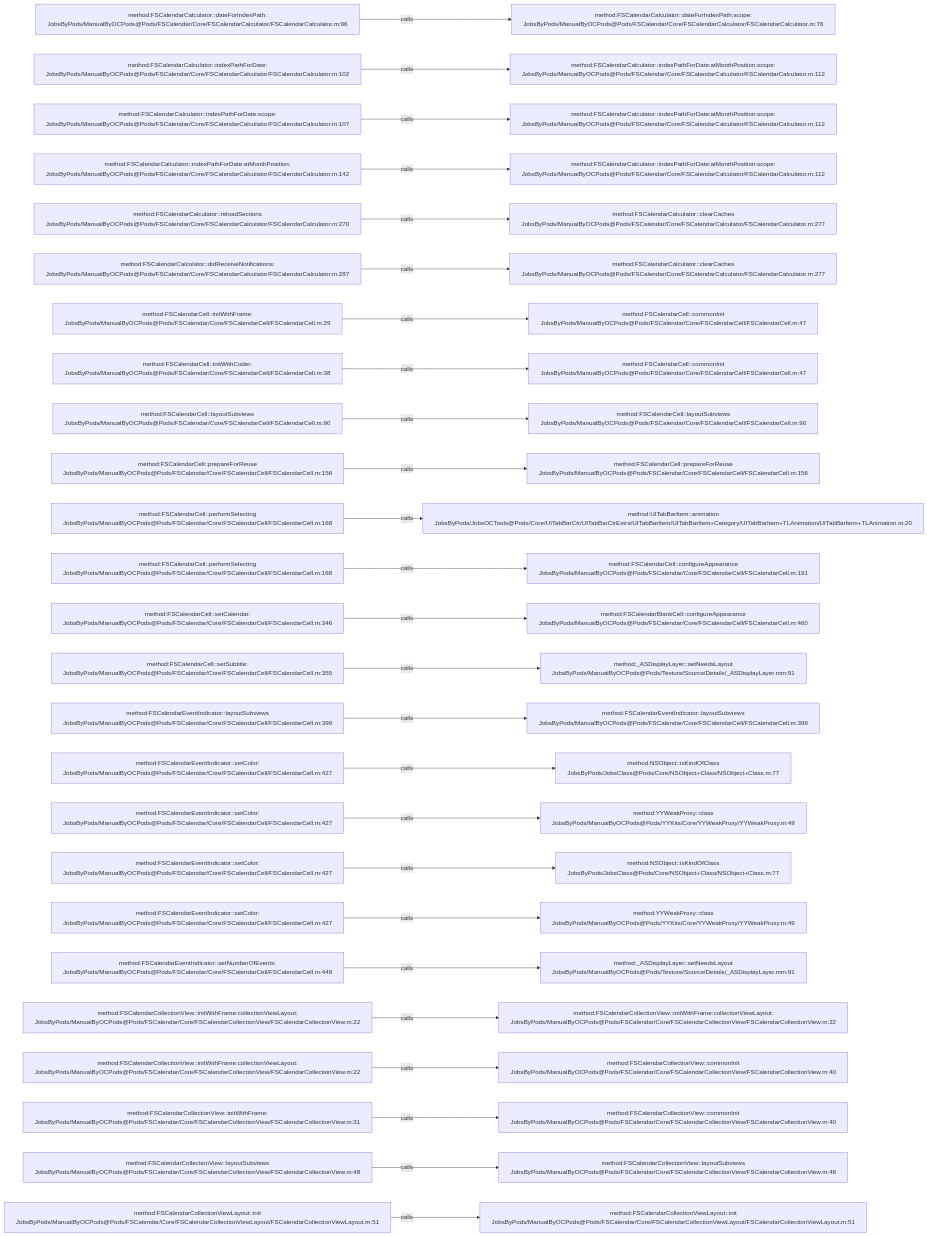
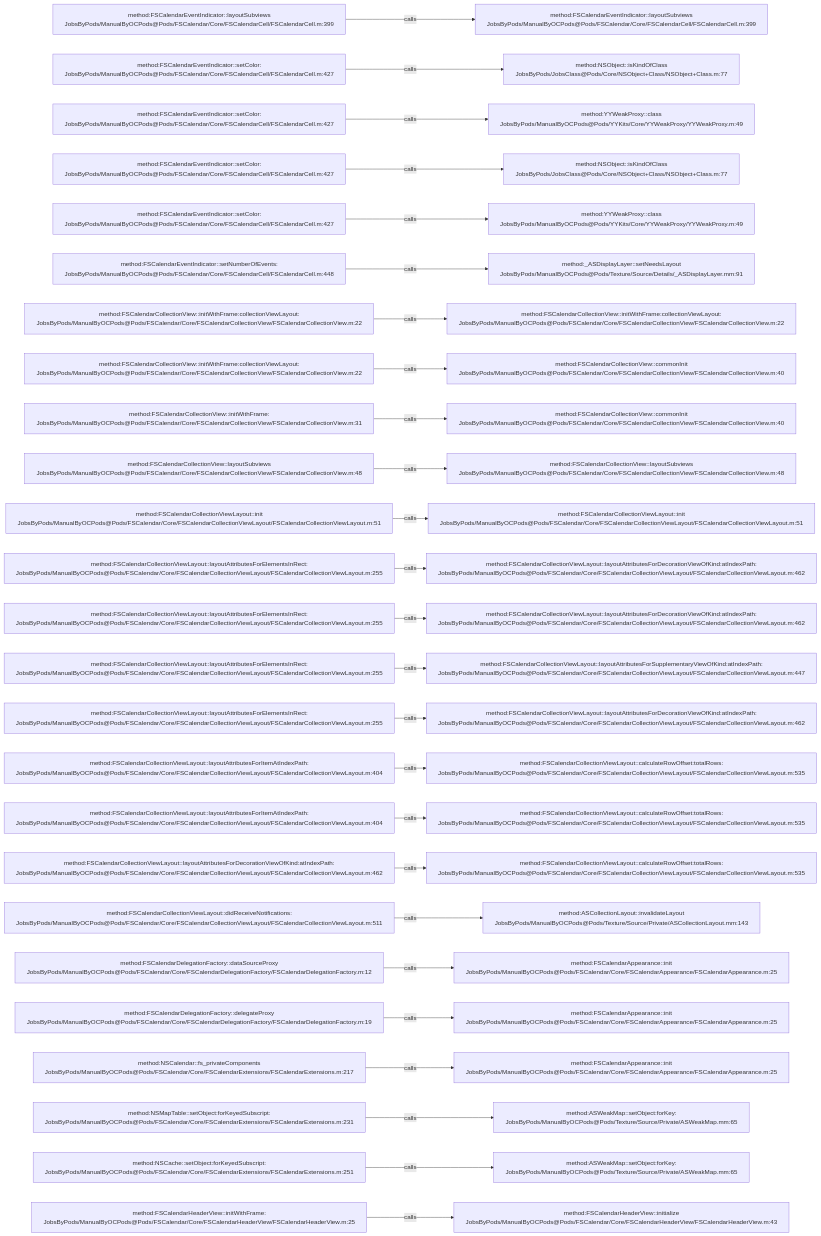
One commit to JobsKits/JobsOCBaseConfigDemo changed the diagram in .codegraph/codegraph.md/graphs/calls-019.md. Above: the diagram before and after it, drawn with Mermaid. The commit also changed 296 other files, not shown here.

````diff
--- a/.codegraph/codegraph.md/graphs/calls-019.md
+++ b/.codegraph/codegraph.md/graphs/calls-019.md
@@ -13,78 +13,78 @@
 ```mermaid
 flowchart LR
-  S1["method:FSCalendarCalculator::dateForIndexPath:<br/>JobsByPods/ManualByOCPods@Pods/FSCalendar/Core/FSCalendarCalculator/FSCalendarCalculator.m:96"]
-  T1["method:FSCalendarCalculator::dateForIndexPath:scope:<br/>JobsByPods/ManualByOCPods@Pods/FSCalendar/Core/FSCalendarCalculator/FSCalendarCalculator.m:76"]
+  S1["method:FSCalendarEventIndicator::layoutSubviews<br/>JobsByPods/ManualByOCPods@Pods/FSCalendar/Core/FSCalendarCell/FSCalendarCell.m:399"]
+  T1["method:FSCalendarEventIndicator::layoutSubviews<br/>JobsByPods/ManualByOCPods@Pods/FSCalendar/Core/FSCalendarCell/FSCalendarCell.m:399"]
   S1 -->|calls| T1
-  S2["method:FSCalendarCalculator::indexPathForDate:<br/>JobsByPods/ManualByOCPods@Pods/FSCalendar/Core/FSCalendarCalculator/FSCalendarCalculator.m:102"]
-  T2["method:FSCalendarCalculator::indexPathForDate:atMonthPosition:scope:<br/>JobsByPods/ManualByOCPods@Pods/FSCalendar/Core/FSCalendarCalculator/FSCalendarCalculator.m:112"]
+  S2["method:FSCalendarEventIndicator::setColor:<br/>JobsByPods/ManualByOCPods@Pods/FSCalendar/Core/FSCalendarCell/FSCalendarCell.m:427"]
+  T2["method:NSObject::isKindOfClass<br/>JobsByPods/JobsClass@Pods/Core/NSObject+Class/NSObject+Class.m:77"]
   S2 -->|calls| T2
-  S3["method:FSCalendarCalculator::indexPathForDate:scope:<br/>JobsByPods/ManualByOCPods@Pods/FSCalendar/Core/FSCalendarCalculator/FSCalendarCalculator.m:107"]
-  T3["method:FSCalendarCalculator::indexPathForDate:atMonthPosition:scope:<br/>JobsByPods/ManualByOCPods@Pods/FSCalendar/Core/FSCalendarCalculator/FSCalendarCalculator.m:112"]
+  S3["method:FSCalendarEventIndicator::setColor:<br/>JobsByPods/ManualByOCPods@Pods/FSCalendar/Core/FSCalendarCell/FSCalendarCell.m:427"]
+  T3["method:YYWeakProxy::class<br/>JobsByPods/ManualByOCPods@Pods/YYKits/Core/YYWeakProxy/YYWeakProxy.m:49"]
   S3 -->|calls| T3
-  S4["method:FSCalendarCalculator::indexPathForDate:atMonthPosition:<br/>JobsByPods/ManualByOCPods@Pods/FSCalendar/Core/FSCalendarCalculator/FSCalendarCalculator.m:142"]
-  T4["method:FSCalendarCalculator::indexPathForDate:atMonthPosition:scope:<br/>JobsByPods/ManualByOCPods@Pods/FSCalendar/Core/FSCalendarCalculator/FSCalendarCalculator.m:112"]
+  S4["method:FSCalendarEventIndicator::setColor:<br/>JobsByPods/ManualByOCPods@Pods/FSCalendar/Core/FSCalendarCell/FSCalendarCell.m:427"]
+  T4["method:NSObject::isKindOfClass<br/>JobsByPods/JobsClass@Pods/Core/NSObject+Class/NSObject+Class.m:77"]
   S4 -->|calls| T4
-  S5["method:FSCalendarCalculator::reloadSections<br/>JobsByPods/ManualByOCPods@Pods/FSCalendar/Core/FSCalendarCalculator/FSCalendarCalculator.m:270"]
-  T5["method:FSCalendarCalculator::clearCaches<br/>JobsByPods/ManualByOCPods@Pods/FSCalendar/Core/FSCalendarCalculator/FSCalendarCalculator.m:277"]
+  S5["method:FSCalendarEventIndicator::setColor:<br/>JobsByPods/ManualByOCPods@Pods/FSCalendar/Core/FSCalendarCell/FSCalendarCell.m:427"]
+  T5["method:YYWeakProxy::class<br/>JobsByPods/ManualByOCPods@Pods/YYKits/Core/YYWeakProxy/YYWeakProxy.m:49"]
   S5 -->|calls| T5
-  S6["method:FSCalendarCalculator::didReceiveNotifications:<br/>JobsByPods/ManualByOCPods@Pods/FSCalendar/Core/FSCalendarCalculator/FSCalendarCalculator.m:287"]
-  T6["method:FSCalendarCalculator::clearCaches<br/>JobsByPods/ManualByOCPods@Pods/FSCalendar/Core/FSCalendarCalculator/FSCalendarCalculator.m:277"]
+  S6["method:FSCalendarEventIndicator::setNumberOfEvents:<br/>JobsByPods/ManualByOCPods@Pods/FSCalendar/Core/FSCalendarCell/FSCalendarCell.m:448"]
+  T6["method:_ASDisplayLayer::setNeedsLayout<br/>JobsByPods/ManualByOCPods@Pods/Texture/Source/Details/_ASDisplayLayer.mm:91"]
   S6 -->|calls| T6
-  S7["method:FSCalendarCell::initWithFrame:<br/>JobsByPods/ManualByOCPods@Pods/FSCalendar/Core/FSCalendarCell/FSCalendarCell.m:29"]
-  T7["method:FSCalendarCell::commonInit<br/>JobsByPods/ManualByOCPods@Pods/FSCalendar/Core/FSCalendarCell/FSCalendarCell.m:47"]
+  S7["method:FSCalendarCollectionView::initWithFrame:collectionViewLayout:<br/>JobsByPods/ManualByOCPods@Pods/FSCalendar/Core/FSCalendarCollectionView/FSCalendarCollectionView.m:22"]
+  T7["method:FSCalendarCollectionView::initWithFrame:collectionViewLayout:<br/>JobsByPods/ManualByOCPods@Pods/FSCalendar/Core/FSCalendarCollectionView/FSCalendarCollectionView.m:22"]
   S7 -->|calls| T7
-  S8["method:FSCalendarCell::initWithCoder:<br/>JobsByPods/ManualByOCPods@Pods/FSCalendar/Core/FSCalendarCell/FSCalendarCell.m:38"]
-  T8["method:FSCalendarCell::commonInit<br/>JobsByPods/ManualByOCPods@Pods/FSCalendar/Core/FSCalendarCell/FSCalendarCell.m:47"]
+  S8["method:FSCalendarCollectionView::initWithFrame:collectionViewLayout:<br/>JobsByPods/ManualByOCPods@Pods/FSCalendar/Core/FSCalendarCollectionView/FSCalendarCollectionView.m:22"]
+  T8["method:FSCalendarCollectionView::commonInit<br/>JobsByPods/ManualByOCPods@Pods/FSCalendar/Core/FSCalendarCollectionView/FSCalendarCollectionView.m:40"]
   S8 -->|calls| T8
-  S9["method:FSCalendarCell::layoutSubviews<br/>JobsByPods/ManualByOCPods@Pods/FSCalendar/Core/FSCalendarCell/FSCalendarCell.m:90"]
-  T9["method:FSCalendarCell::layoutSubviews<br/>JobsByPods/ManualByOCPods@Pods/FSCalendar/Core/FSCalendarCell/FSCalendarCell.m:90"]
+  S9["method:FSCalendarCollectionView::initWithFrame:<br/>JobsByPods/ManualByOCPods@Pods/FSCalendar/Core/FSCalendarCollectionView/FSCalendarCollectionView.m:31"]
+  T9["method:FSCalendarCollectionView::commonInit<br/>JobsByPods/ManualByOCPods@Pods/FSCalendar/Core/FSCalendarCollectionView/FSCalendarCollectionView.m:40"]
   S9 -->|calls| T9
-  S10["method:FSCalendarCell::prepareForReuse<br/>JobsByPods/ManualByOCPods@Pods/FSCalendar/Core/FSCalendarCell/FSCalendarCell.m:156"]
-  T10["method:FSCalendarCell::prepareForReuse<br/>JobsByPods/ManualByOCPods@Pods/FSCalendar/Core/FSCalendarCell/FSCalendarCell.m:156"]
+  S10["method:FSCalendarCollectionView::layoutSubviews<br/>JobsByPods/ManualByOCPods@Pods/FSCalendar/Core/FSCalendarCollectionView/FSCalendarCollectionView.m:48"]
+  T10["method:FSCalendarCollectionView::layoutSubviews<br/>JobsByPods/ManualByOCPods@Pods/FSCalendar/Core/FSCalendarCollectionView/FSCalendarCollectionView.m:48"]
   S10 -->|calls| T10
-  S11["method:FSCalendarCell::performSelecting<br/>JobsByPods/ManualByOCPods@Pods/FSCalendar/Core/FSCalendarCell/FSCalendarCell.m:168"]
-  T11["method:UITabBarItem::animation<br/>JobsByPods/JobsOCTools@Pods/Core/UITabBarCtr/UITabBarCtrExtra/UITabBarItem/UITabBarItem+Category/UITabBarItem+TLAnimation/UITabBarItem+TLAnimation.m:20"]
+  S11["method:FSCalendarCollectionViewLayout::init<br/>JobsByPods/ManualByOCPods@Pods/FSCalendar/Core/FSCalendarCollectionViewLayout/FSCalendarCollectionViewLayout.m:51"]
+  T11["method:FSCalendarCollectionViewLayout::init<br/>JobsByPods/ManualByOCPods@Pods/FSCalendar/Core/FSCalendarCollectionViewLayout/FSCalendarCollectionViewLayout.m:51"]
   S11 -->|calls| T11
-  S12["method:FSCalendarCell::performSelecting<br/>JobsByPods/ManualByOCPods@Pods/FSCalendar/Core/FSCalendarCell/FSCalendarCell.m:168"]
-  T12["method:FSCalendarCell::configureAppearance<br/>JobsByPods/ManualByOCPods@Pods/FSCalendar/Core/FSCalendarCell/FSCalendarCell.m:191"]
+  S12["method:FSCalendarCollectionViewLayout::layoutAttributesForElementsInRect:<br/>JobsByPods/ManualByOCPods@Pods/FSCalendar/Core/FSCalendarCollectionViewLayout/FSCalendarCollectionViewLayout.m:255"]
+  T12["method:FSCalendarCollectionViewLayout::layoutAttributesForDecorationViewOfKind:atIndexPath:<br/>JobsByPods/ManualByOCPods@Pods/FSCalendar/Core/FSCalendarCollectionViewLayout/FSCalendarCollectionViewLayout.m:462"]
   S12 -->|calls| T12
-  S13["method:FSCalendarCell::setCalendar:<br/>JobsByPods/ManualByOCPods@Pods/FSCalendar/Core/FSCalendarCell/FSCalendarCell.m:346"]
-  T13["method:FSCalendarBlankCell::configureAppearance<br/>JobsByPods/ManualByOCPods@Pods/FSCalendar/Core/FSCalendarCell/FSCalendarCell.m:460"]
+  S13["method:FSCalendarCollectionViewLayout::layoutAttributesForElementsInRect:<br/>JobsByPods/ManualByOCPods@Pods/FSCalendar/Core/FSCalendarCollectionViewLayout/FSCalendarCollectionViewLayout.m:255"]
+  T13["method:FSCalendarCollectionViewLayout::layoutAttributesForDecorationViewOfKind:atIndexPath:<br/>JobsByPods/ManualByOCPods@Pods/FSCalendar/Core/FSCalendarCollectionViewLayout/FSCalendarCollectionViewLayout.m:462"]
   S13 -->|calls| T13
-  S14["method:FSCalendarCell::setSubtitle:<br/>JobsByPods/ManualByOCPods@Pods/FSCalendar/Core/FSCalendarCell/FSCalendarCell.m:355"]
-  T14["method:_ASDisplayLayer::setNeedsLayout<br/>JobsByPods/ManualByOCPods@Pods/Texture/Source/Details/_ASDisplayLayer.mm:91"]
+  S14["method:FSCalendarCollectionViewLayout::layoutAttributesForElementsInRect:<br/>JobsByPods/ManualByOCPods@Pods/FSCalendar/Core/FSCalendarCollectionViewLayout/FSCalendarCollectionViewLayout.m:255"]
+  T14["method:FSCalendarCollectionViewLayout::layoutAttributesForSupplementaryViewOfKind:atIndexPath:<br/>JobsByPods/ManualByOCPods@Pods/FSCalendar/Core/FSCalendarCollectionViewLayout/FSCalendarCollectionViewLayout.m:447"]
   S14 -->|calls| T14
-  S15["method:FSCalendarEventIndicator::layoutSubviews<br/>JobsByPods/ManualByOCPods@Pods/FSCalendar/Core/FSCalendarCell/FSCalendarCell.m:399"]
-  T15["method:FSCalendarEventIndicator::layoutSubviews<br/>JobsByPods/ManualByOCPods@Pods/FSCalendar/Core/FSCalendarCell/FSCalendarCell.m:399"]
+  S15["method:FSCalendarCollectionViewLayout::layoutAttributesForElementsInRect:<br/>JobsByPods/ManualByOCPods@Pods/FSCalendar/Core/FSCalendarCollectionViewLayout/FSCalendarCollectionViewLayout.m:255"]
+  T15["method:FSCalendarCollectionViewLayout::layoutAttributesForDecorationViewOfKind:atIndexPath:<br/>JobsByPods/ManualByOCPods@Pods/FSCalendar/Core/FSCalendarCollectionViewLayout/FSCalendarCollectionViewLayout.m:462"]
   S15 -->|calls| T15
-  S16["method:FSCalendarEventIndicator::setColor:<br/>JobsByPods/ManualByOCPods@Pods/FSCalendar/Core/FSCalendarCell/FSCalendarCell.m:427"]
-  T16["method:NSObject::isKindOfClass<br/>JobsByPods/JobsClass@Pods/Core/NSObject+Class/NSObject+Class.m:77"]
+  S16["method:FSCalendarCollectionViewLayout::layoutAttributesForItemAtIndexPath:<br/>JobsByPods/ManualByOCPods@Pods/FSCalendar/Core/FSCalendarCollectionViewLayout/FSCalendarCollectionViewLayout.m:404"]
+  T16["method:FSCalendarCollectionViewLayout::calculateRowOffset:totalRows:<br/>JobsByPods/ManualByOCPods@Pods/FSCalendar/Core/FSCalendarCollectionViewLayout/FSCalendarCollectionViewLayout.m:535"]
   S16 -->|calls| T16
-  S17["method:FSCalendarEventIndicator::setColor:<br/>JobsByPods/ManualByOCPods@Pods/FSCalendar/Core/FSCalendarCell/FSCalendarCell.m:427"]
-  T17["method:YYWeakProxy::class<br/>JobsByPods/ManualByOCPods@Pods/YYKits/Core/YYWeakProxy/YYWeakProxy.m:49"]
+  S17["method:FSCalendarCollectionViewLayout::layoutAttributesForItemAtIndexPath:<br/>JobsByPods/ManualByOCPods@Pods/FSCalendar/Core/FSCalendarCollectionViewLayout/FSCalendarCollectionViewLayout.m:404"]
+  T17["method:FSCalendarCollectionViewLayout::calculateRowOffset:totalRows:<br/>JobsByPods/ManualByOCPods@Pods/FSCalendar/Core/FSCalendarCollectionViewLayout/FSCalendarCollectionViewLayout.m:535"]
   S17 -->|calls| T17
-  S18["method:FSCalendarEventIndicator::setColor:<br/>JobsByPods/ManualByOCPods@Pods/FSCalendar/Core/FSCalendarCell/FSCalendarCell.m:427"]
-  T18["method:NSObject::isKindOfClass<br/>JobsByPods/JobsClass@Pods/Core/NSObject+Class/NSObject+Class.m:77"]
+  S18["method:FSCalendarCollectionViewLayout::layoutAttributesForDecorationViewOfKind:atIndexPath:<br/>JobsByPods/ManualByOCPods@Pods/FSCalendar/Core/FSCalendarCollectionViewLayout/FSCalendarCollectionViewLayout.m:462"]
+  T18["method:FSCalendarCollectionViewLayout::calculateRowOffset:totalRows:<br/>JobsByPods/ManualByOCPods@Pods/FSCalendar/Core/FSCalendarCollectionViewLayout/FSCalendarCollectionViewLayout.m:535"]
   S18 -->|calls| T18
-  S19["method:FSCalendarEventIndicator::setColor:<br/>JobsByPods/ManualByOCPods@Pods/FSCalendar/Core/FSCalendarCell/FSCalendarCell.m:427"]
-  T19["method:YYWeakProxy::class<br/>JobsByPods/ManualByOCPods@Pods/YYKits/Core/YYWeakProxy/YYWeakProxy.m:49"]
+  S19["method:FSCalendarCollectionViewLayout::didReceiveNotifications:<br/>JobsByPods/ManualByOCPods@Pods/FSCalendar/Core/FSCalendarCollectionViewLayout/FSCalendarCollectionViewLayout.m:511"]
+  T19["method:ASCollectionLayout::invalidateLayout<br/>JobsByPods/ManualByOCPods@Pods/Texture/Source/Private/ASCollectionLayout.mm:143"]
   S19 -->|calls| T19
-  S20["method:FSCalendarEventIndicator::setNumberOfEvents:<br/>JobsByPods/ManualByOCPods@Pods/FSCalendar/Core/FSCalendarCell/FSCalendarCell.m:448"]
-  T20["method:_ASDisplayLayer::setNeedsLayout<br/>JobsByPods/ManualByOCPods@Pods/Texture/Source/Details/_ASDisplayLayer.mm:91"]
+  S20["method:FSCalendarDelegationFactory::dataSourceProxy<br/>JobsByPods/ManualByOCPods@Pods/FSCalendar/Core/FSCalendarDelegationFactory/FSCalendarDelegationFactory.m:12"]
+  T20["method:FSCalendarAppearance::init<br/>JobsByPods/ManualByOCPods@Pods/FSCalendar/Core/FSCalendarAppearance/FSCalendarAppearance.m:25"]
   S20 -->|calls| T20
-  S21["method:FSCalendarCollectionView::initWithFrame:collectionViewLayout:<br/>JobsByPods/ManualByOCPods@Pods/FSCalendar/Core/FSCalendarCollectionView/FSCalendarCollectionView.m:22"]
-  T21["method:FSCalendarCollectionView::initWithFrame:collectionViewLayout:<br/>JobsByPods/ManualByOCPods@Pods/FSCalendar/Core/FSCalendarCollectionView/FSCalendarCollectionView.m:22"]
+  S21["method:FSCalendarDelegationFactory::delegateProxy<br/>JobsByPods/ManualByOCPods@Pods/FSCalendar/Core/FSCalendarDelegationFactory/FSCalendarDelegationFactory.m:19"]
+  T21["method:FSCalendarAppearance::init<br/>JobsByPods/ManualByOCPods@Pods/FSCalendar/Core/FSCalendarAppearance/FSCalendarAppearance.m:25"]
   S21 -->|calls| T21
-  S22["method:FSCalendarCollectionView::initWithFrame:collectionViewLayout:<br/>JobsByPods/ManualByOCPods@Pods/FSCalendar/Core/FSCalendarCollectionView/FSCalendarCollectionView.m:22"]
-  T22["method:FSCalendarCollectionView::commonInit<br/>JobsByPods/ManualByOCPods@Pods/FSCalendar/Core/FSCalendarCollectionView/FSCalendarCollectionView.m:40"]
+  S22["method:NSCalendar::fs_privateComponents<br/>JobsByPods/ManualByOCPods@Pods/FSCalendar/Core/FSCalendarExtensions/FSCalendarExtensions.m:217"]
+  T22["method:FSCalendarAppearance::init<br/>JobsByPods/ManualByOCPods@Pods/FSCalendar/Core/FSCalendarAppearance/FSCalendarAppearance.m:25"]
   S22 -->|calls| T22
-  S23["method:FSCalendarCollectionView::initWithFrame:<br/>JobsByPods/ManualByOCPods@Pods/FSCalendar/Core/FSCalendarCollectionView/FSCalendarCollectionView.m:31"]
-  T23["method:FSCalendarCollectionView::commonInit<br/>JobsByPods/ManualByOCPods@Pods/FSCalendar/Core/FSCalendarCollectionView/FSCalendarCollectionView.m:40"]
+  S23["method:NSMapTable::setObject:forKeyedSubscript:<br/>JobsByPods/ManualByOCPods@Pods/FSCalendar/Core/FSCalendarExtensions/FSCalendarExtensions.m:231"]
+  T23["method:ASWeakMap::setObject:forKey:<br/>JobsByPods/ManualByOCPods@Pods/Texture/Source/Private/ASWeakMap.mm:65"]
   S23 -->|calls| T23
-  S24["method:FSCalendarCollectionView::layoutSubviews<br/>JobsByPods/ManualByOCPods@Pods/FSCalendar/Core/FSCalendarCollectionView/FSCalendarCollectionView.m:48"]
-  T24["method:FSCalendarCollectionView::layoutSubviews<br/>JobsByPods/ManualByOCPods@Pods/FSCalendar/Core/FSCalendarCollectionView/FSCalendarCollectionView.m:48"]
+  S24["method:NSCache::setObject:forKeyedSubscript:<br/>JobsByPods/ManualByOCPods@Pods/FSCalendar/Core/FSCalendarExtensions/FSCalendarExtensions.m:251"]
+  T24["method:ASWeakMap::setObject:forKey:<br/>JobsByPods/ManualByOCPods@Pods/Texture/Source/Private/ASWeakMap.mm:65"]
   S24 -->|calls| T24
-  S25["method:FSCalendarCollectionViewLayout::init<br/>JobsByPods/ManualByOCPods@Pods/FSCalendar/Core/FSCalendarCollectionViewLayout/FSCalendarCollectionViewLayout.m:51"]
-  T25["method:FSCalendarCollectionViewLayout::init<br/>JobsByPods/ManualByOCPods@Pods/FSCalendar/Core/FSCalendarCollectionViewLayout/FSCalendarCollectionViewLayout.m:51"]
+  S25["method:FSCalendarHeaderView::initWithFrame:<br/>JobsByPods/ManualByOCPods@Pods/FSCalendar/Core/FSCalendarHeaderView/FSCalendarHeaderView.m:25"]
+  T25["method:FSCalendarHeaderView::initialize<br/>JobsByPods/ManualByOCPods@Pods/FSCalendar/Core/FSCalendarHeaderView/FSCalendarHeaderView.m:43"]
   S25 -->|calls| T25
 ```
````
